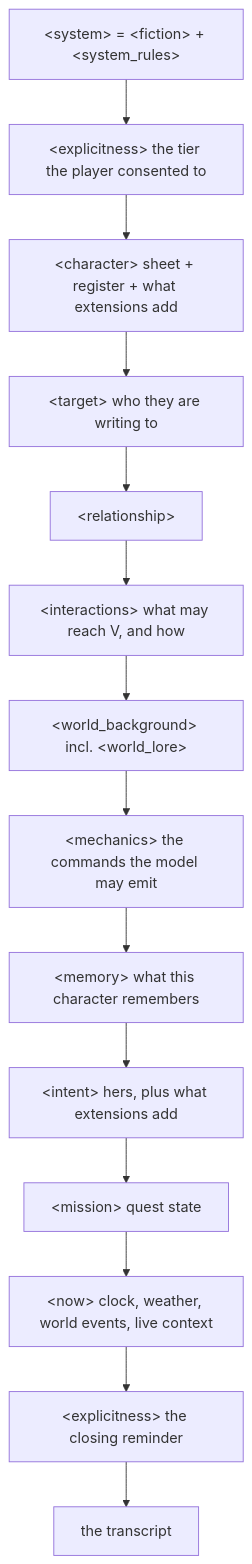
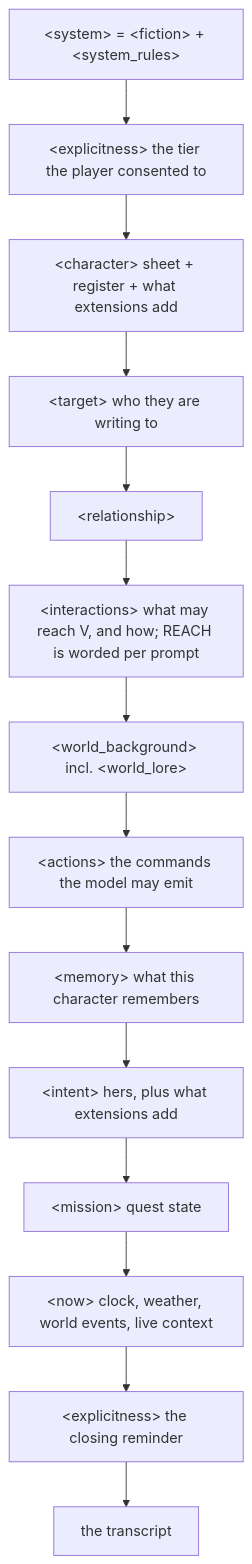
The sixth of 9 diagrams in docs/ARCHITECTURE.md (Sebajuste/CP77_ai_npc), drawn with Mermaid before and after one commit. The commit also changed other lines of this file and 41 other files, not shown here.

First line of the commit message:
Le bloc des commandes s appelle <actions>, et la recette choisit la formulation de REACH

````diff
--- a/docs/ARCHITECTURE.md
+++ b/docs/ARCHITECTURE.md
@@ -403,16 +403,16 @@
 ```mermaid
 flowchart TB
     A["&lt;system&gt; = &lt;fiction&gt; + &lt;system_rules&gt;"] --> B["&lt;explicitness&gt; the tier the player consented to"]
     B --> C["&lt;character&gt; sheet + register + what extensions add"]
     C --> D["&lt;target&gt; who they are writing to"]
     D --> E["&lt;relationship&gt;"]
-    E --> F["&lt;interactions&gt; what may reach V, and how"]
+    E --> F["&lt;interactions&gt; what may reach V, and how; REACH is worded per prompt"]
     F --> G["&lt;world_background&gt; incl. &lt;world_lore&gt;"]
-    G --> H["&lt;mechanics&gt; the commands the model may emit"]
+    G --> H["&lt;actions&gt; the commands the model may emit"]
     H --> I["&lt;memory&gt; what this character remembers"]
     I --> J["&lt;intent&gt; hers, plus what extensions add"]
     J --> K["&lt;mission&gt; quest state"]
     K --> L["&lt;now&gt; clock, weather, world events, live context"]
     L --> M["&lt;explicitness&gt; the closing reminder"]
     M --> N["the transcript"]
 ```
````
